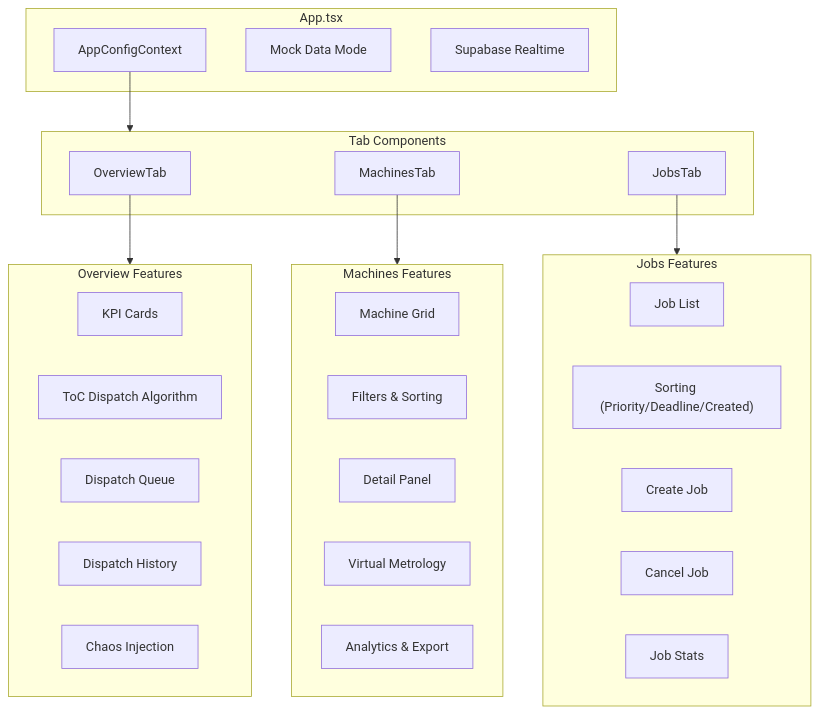
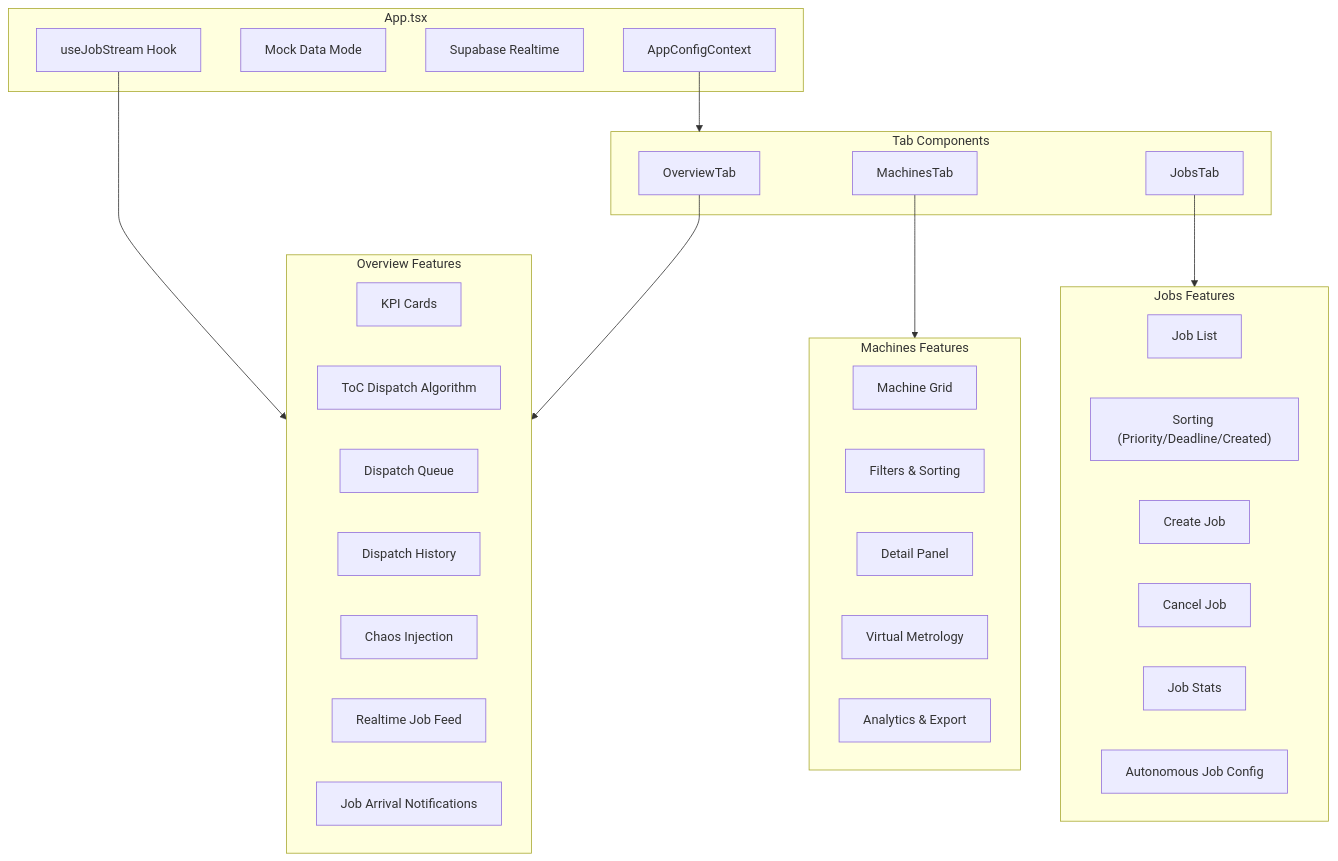
One commit to AngelP17/YieldOps changed diagram 12 of 14 in Architecture.md. Above: the diagram before and after it, drawn with Mermaid. The commit also changed other lines of this file, not shown here.

First line of the commit message:
docs: update Mermaid diagrams and Live Mode section

````diff
--- a/Architecture.md
+++ b/Architecture.md
@@ -715,43 +718,48 @@
 ```mermaid
 flowchart TB
     subgraph App["App.tsx"]
         Config["AppConfigContext"]
         MockData["Mock Data Mode"]
         Realtime["Supabase Realtime"]
+        JobStream["useJobStream Hook"]
     end
     
     subgraph Tabs["Tab Components"]
         Overview["OverviewTab"]
         Machines["MachinesTab"]
         Jobs["JobsTab"]
     end
     
     subgraph OverviewFeatures["Overview Features"]
         KPI["KPI Cards"]
         ToCDispatch["ToC Dispatch Algorithm"]
         Dispatch["Dispatch Queue"]
         History["Dispatch History"]
         Chaos["Chaos Injection"]
+        JobFeed["Realtime Job Feed"]
+        Notifications["Job Arrival Notifications"]
     end
     
     subgraph MachinesFeatures["Machines Features"]
         Grid["Machine Grid"]
         Filter["Filters & Sorting"]
         Detail["Detail Panel"]
         VM["Virtual Metrology"]
         Analytics["Analytics & Export"]
     end
     
     subgraph JobsFeatures["Jobs Features"]
         List["Job List"]
         Sorting["Sorting (Priority/Deadline/Created)"]
         Create["Create Job"]
         Cancel["Cancel Job"]
         Stats["Job Stats"]
+        AutoConfig["Autonomous Job Config"]
     end
     
     Config --> Tabs
+    JobStream --> OverviewFeatures
     Overview --> OverviewFeatures
     Machines --> MachinesFeatures
     Jobs --> JobsFeatures
 ```
````
